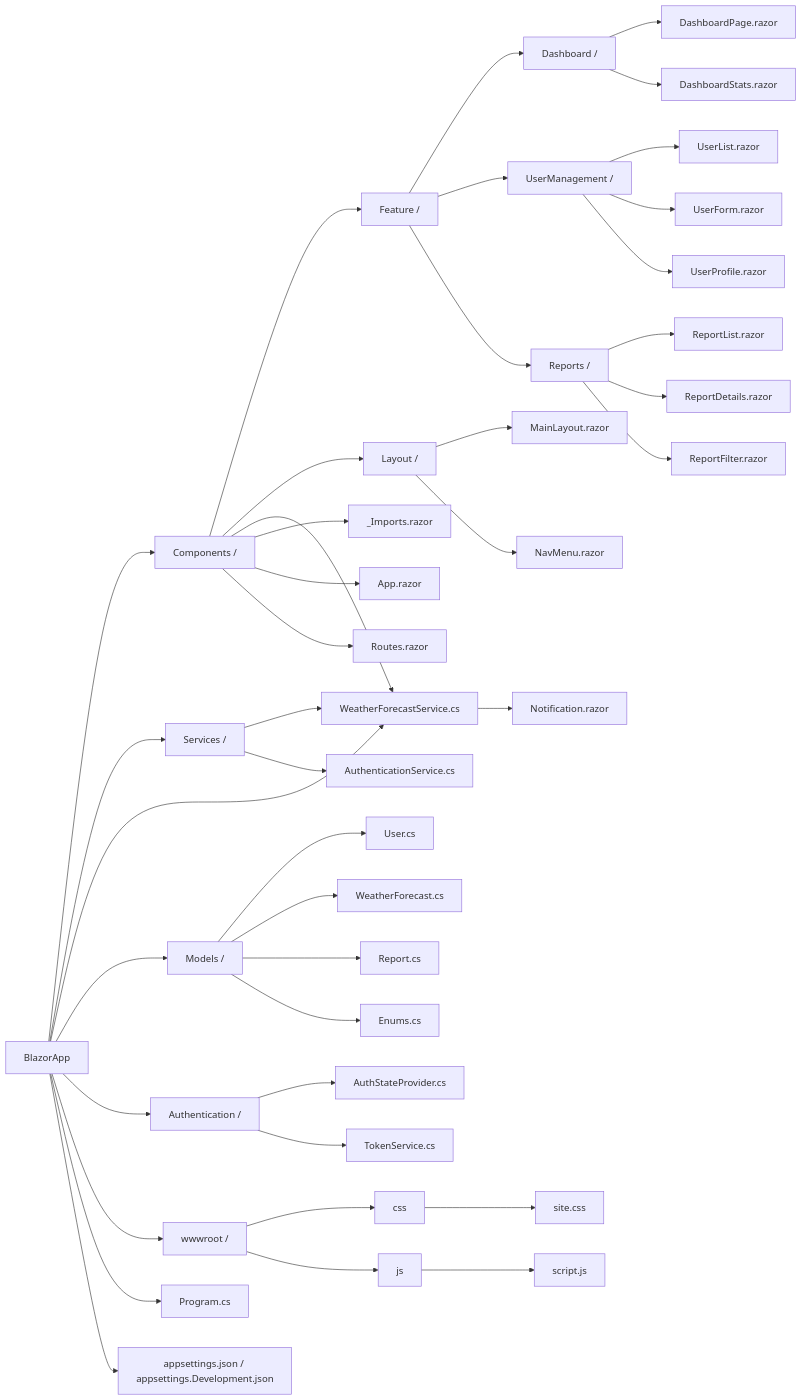
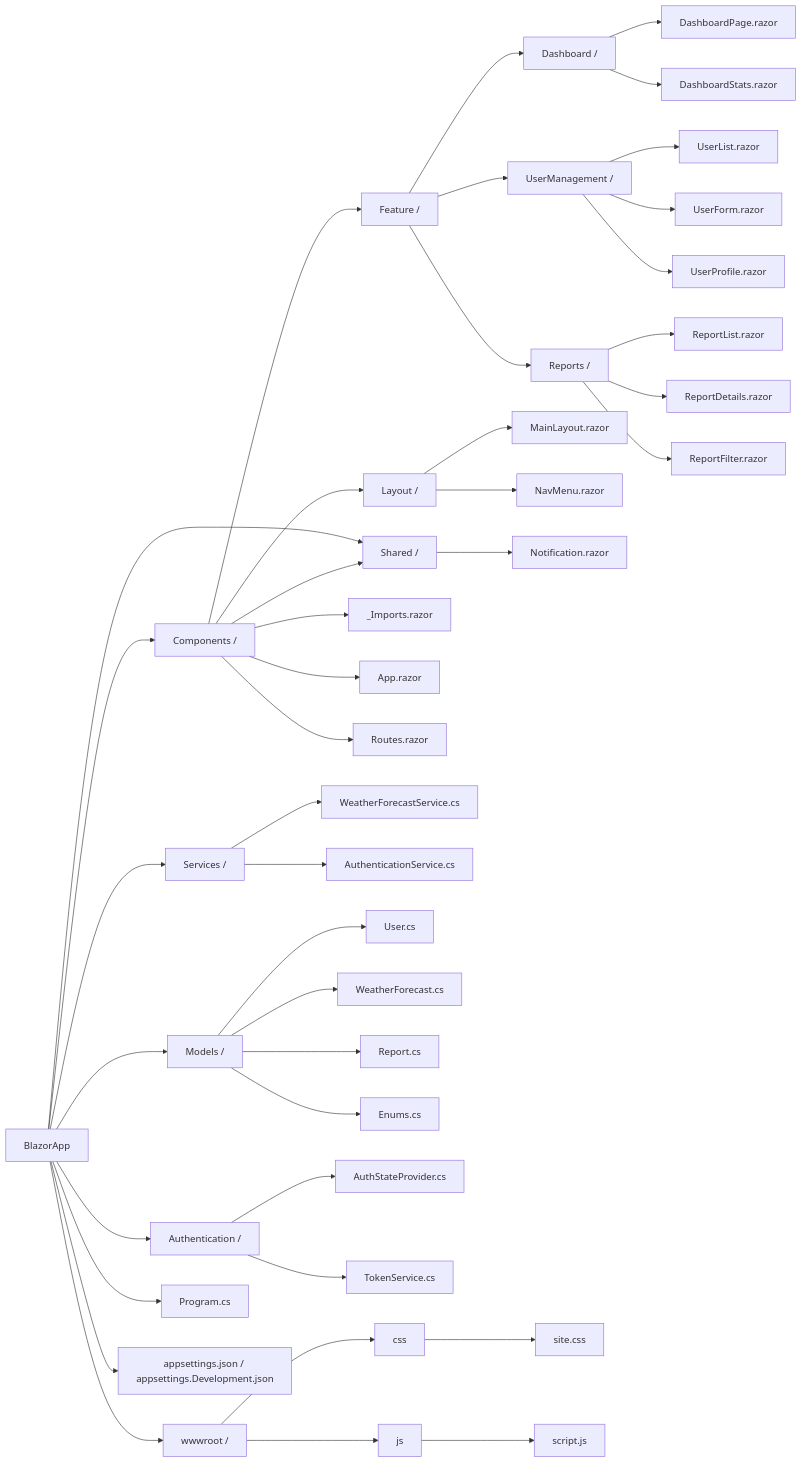
Before and after one commit to uwspstar/20-Day-Challenge-List: the diagram in C#/Blazor/Basic/Blazor file structure.md, drawn with Mermaid.

Commit message:
Update Blazor file structure.md

````diff
--- a/C#/Blazor/Basic/Blazor file structure.md
+++ b/C#/Blazor/Basic/Blazor file structure.md
@@ -224,48 +224,48 @@
 ```mermaid
 graph LR
     A[BlazorApp] --> B[Components /]
     A --> S[Services /]
-    A --> S1[Shared /]
+    A --> Sh[Shared /]
     A --> M[Models /]
     A --> AU[Authentication /]
     A --> W[wwwroot /]
     A --> P[Program.cs]
     A --> AppSettings[appsettings.json / appsettings.Development.json]
 
     B --> F[Feature /]
     F --> F1[Dashboard /]
     F1 --> F11[DashboardPage.razor]
     F1 --> F12[DashboardStats.razor]
     F --> F2[UserManagement /]
     F2 --> F21[UserList.razor]
     F2 --> F22[UserForm.razor]
     F2 --> F23[UserProfile.razor]
     F --> F3[Reports /]
     F3 --> F31[ReportList.razor]
     F3 --> F32[ReportDetails.razor]
     F3 --> F33[ReportFilter.razor]
     B --> L[Layout /]
     L --> L1[MainLayout.razor]
     L --> L2[NavMenu.razor]
-    B --> S1[Shared /]
-    S1 --> S11[Notification.razor]
+    B --> Sh[Shared /]
+    Sh --> Sh1[Notification.razor]
     B --> Import[_Imports.razor]
     B --> App[App.razor]
     B --> Routes[Routes.razor]
 
     S --> S1[WeatherForecastService.cs]
     S --> S2[AuthenticationService.cs]
 
     M --> M1[User.cs]
     M --> M2[WeatherForecast.cs]
     M --> M3[Report.cs]
     M --> M4[Enums.cs]
 
     AU --> AU1[AuthStateProvider.cs]
     AU --> AU2[TokenService.cs]
 
     W --> WC[css]
     WC --> WC1[site.css]
     W --> WJ[js]
     WJ --> WJ1[script.js]
 ```
````
